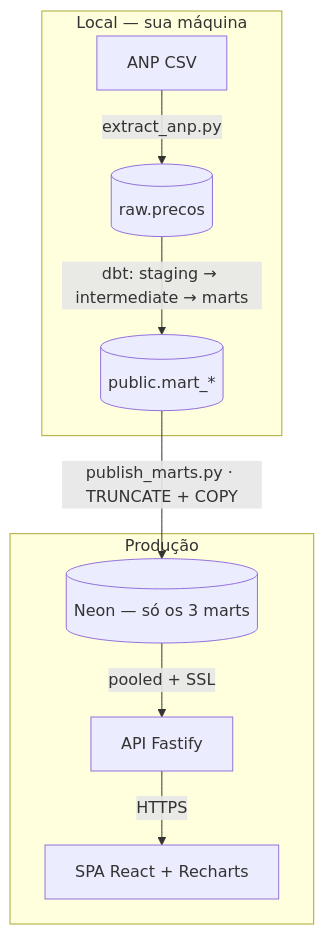
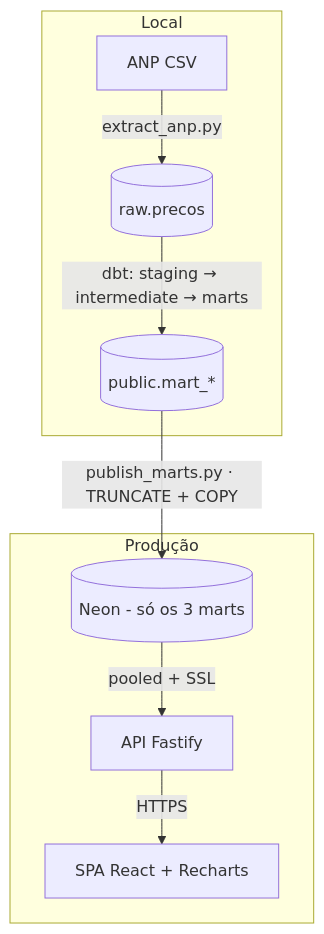
The diagram in README.md (joaomatana/radar-combustiveis), drawn with Mermaid before and after one commit. The commit also changed other lines of this file, not shown here.

````diff
--- a/README.md
+++ b/README.md
@@ -13,11 +13,11 @@
 ```mermaid
 flowchart TB
-    subgraph local["Local — sua máquina"]
+    subgraph local["Local"]
         ANP["ANP CSV"] -->|"extract_anp.py"| RAW[("raw.precos")]
         RAW -->|"dbt: staging → intermediate → marts"| MARTS[("public.mart_*")]
     end
     subgraph prod["Produção"]
-        NEON[("Neon — só os 3 marts")] -->|"pooled + SSL"| API["API Fastify"] -->|"HTTPS"| WEB["SPA React + Recharts"]
+        NEON[("Neon - só os 3 marts")] -->|"pooled + SSL"| API["API Fastify"] -->|"HTTPS"| WEB["SPA React + Recharts"]
     end
     MARTS -->|"publish_marts.py · TRUNCATE + COPY"| NEON
 ```
````
